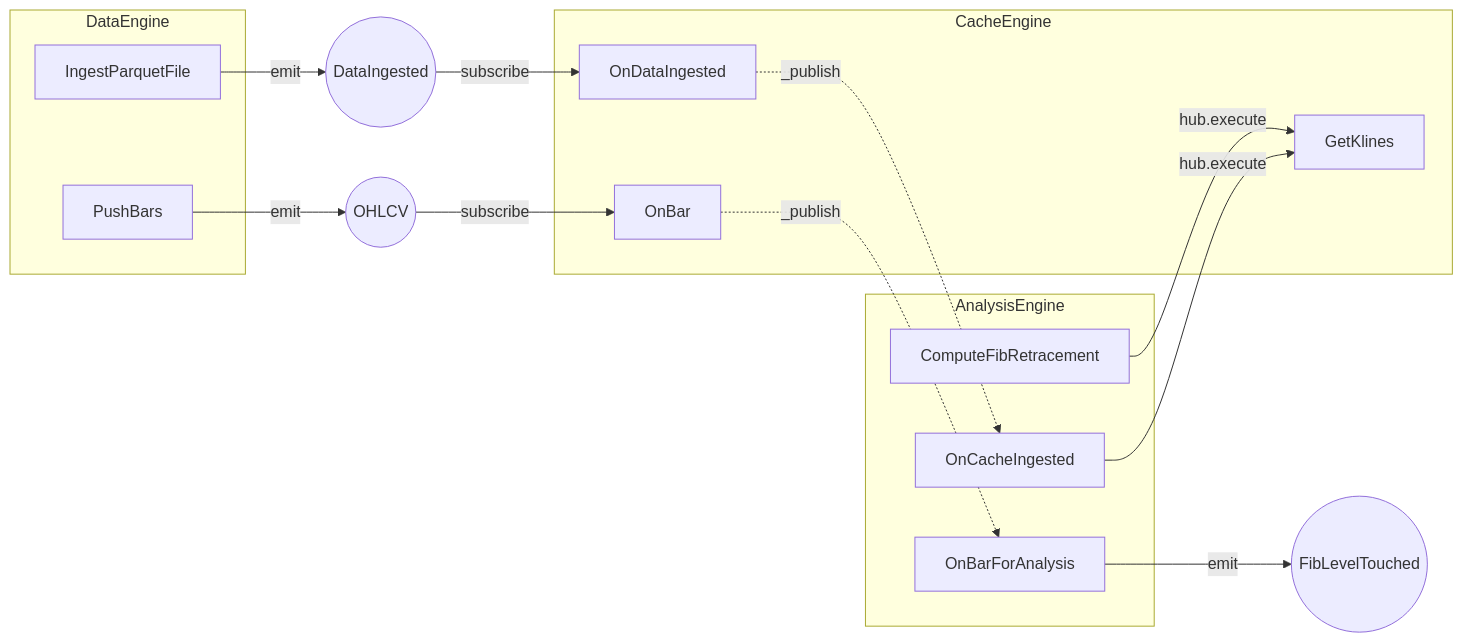
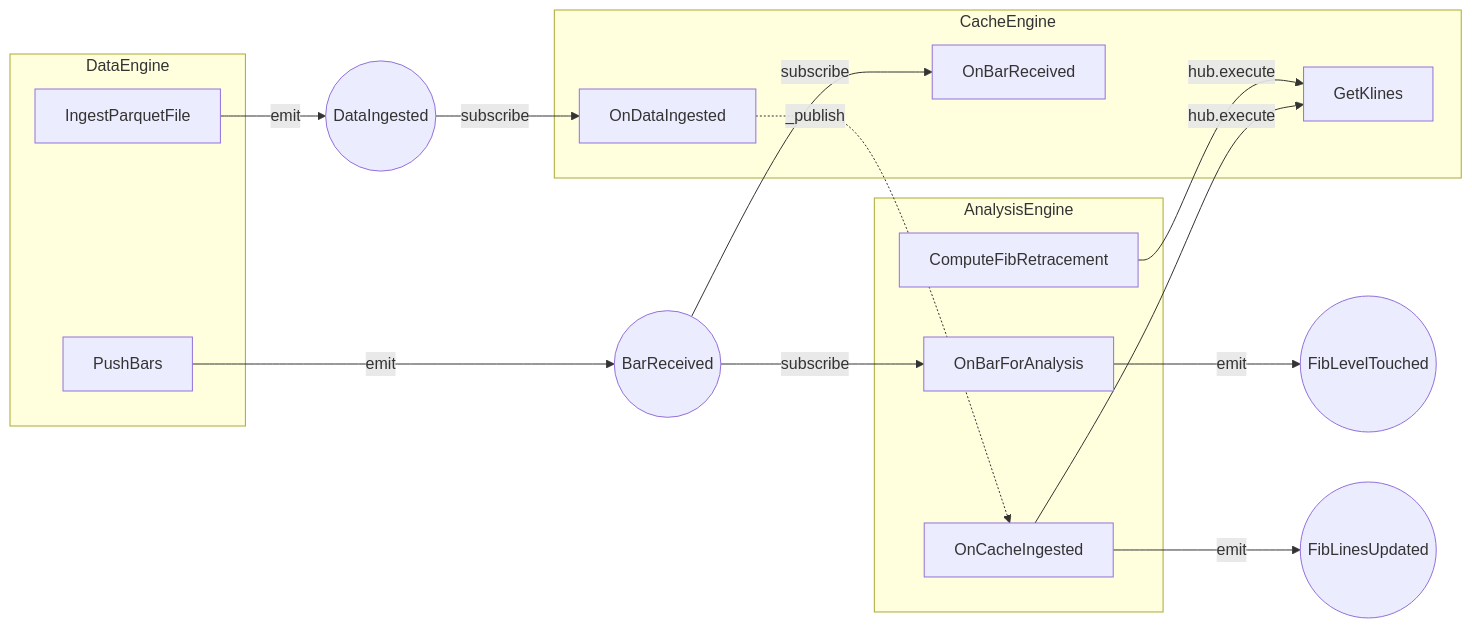
One commit to 3sy11/timing changed the diagram in docs/ARCHITECTURE.md. Above: the diagram before and after it, drawn with Mermaid. The commit also changed other lines of this file and 100 other files, not shown here.

````diff
--- a/docs/ARCHITECTURE.md
+++ b/docs/ARCHITECTURE.md
@@ -324,33 +506,27 @@
 ```mermaid
 flowchart LR
     subgraph data [DataEngine]
         PushBars[PushBars]
         IngestPq[IngestParquetFile]
     end
-
     subgraph cache [CacheEngine]
         GetKlines[GetKlines]
-        OnBar["OnBar"]
+        OnBarRcv["OnBarReceived"]
         OnDataIng["OnDataIngested"]
     end
-
     subgraph analysis [AnalysisEngine]
         ComputeFib[ComputeFibRetracement]
         OnBarAna[OnBarForAnalysis]
         OnCacheIng["OnCacheIngested"]
     end
-
-    PushBars -->|emit| OhlcvMsg((OHLCV))
+    PushBars -->|emit| BarRcv((BarReceived))
     IngestPq -->|emit| DataIng((DataIngested))
-
-    OhlcvMsg -->|subscribe| OnBar
+    BarRcv -->|subscribe| OnBarRcv
+    BarRcv -->|subscribe| OnBarAna
     DataIng -->|subscribe| OnDataIng
-
-    OnBar -.->|"_publish"| OnBarAna
-
     OnDataIng -.->|"_publish"| OnCacheIng
-
     OnBarAna -->|emit| FibTch((FibLevelTouched))
+    OnCacheIng -->|emit| FibUpd((FibLinesUpdated))
     ComputeFib -->|"hub.execute"| GetKlines
     OnCacheIng -->|"hub.execute"| GetKlines
 ```
````
